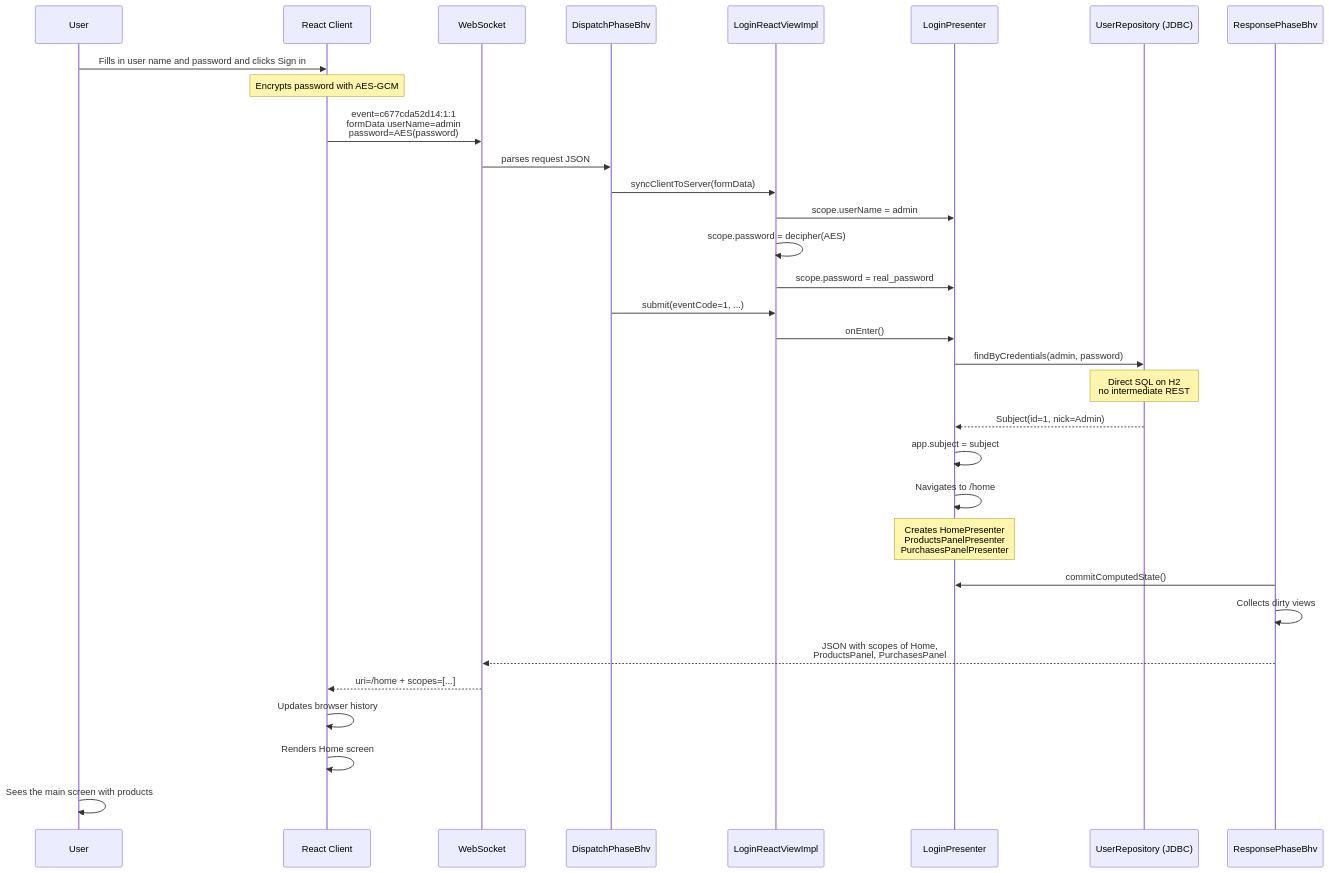
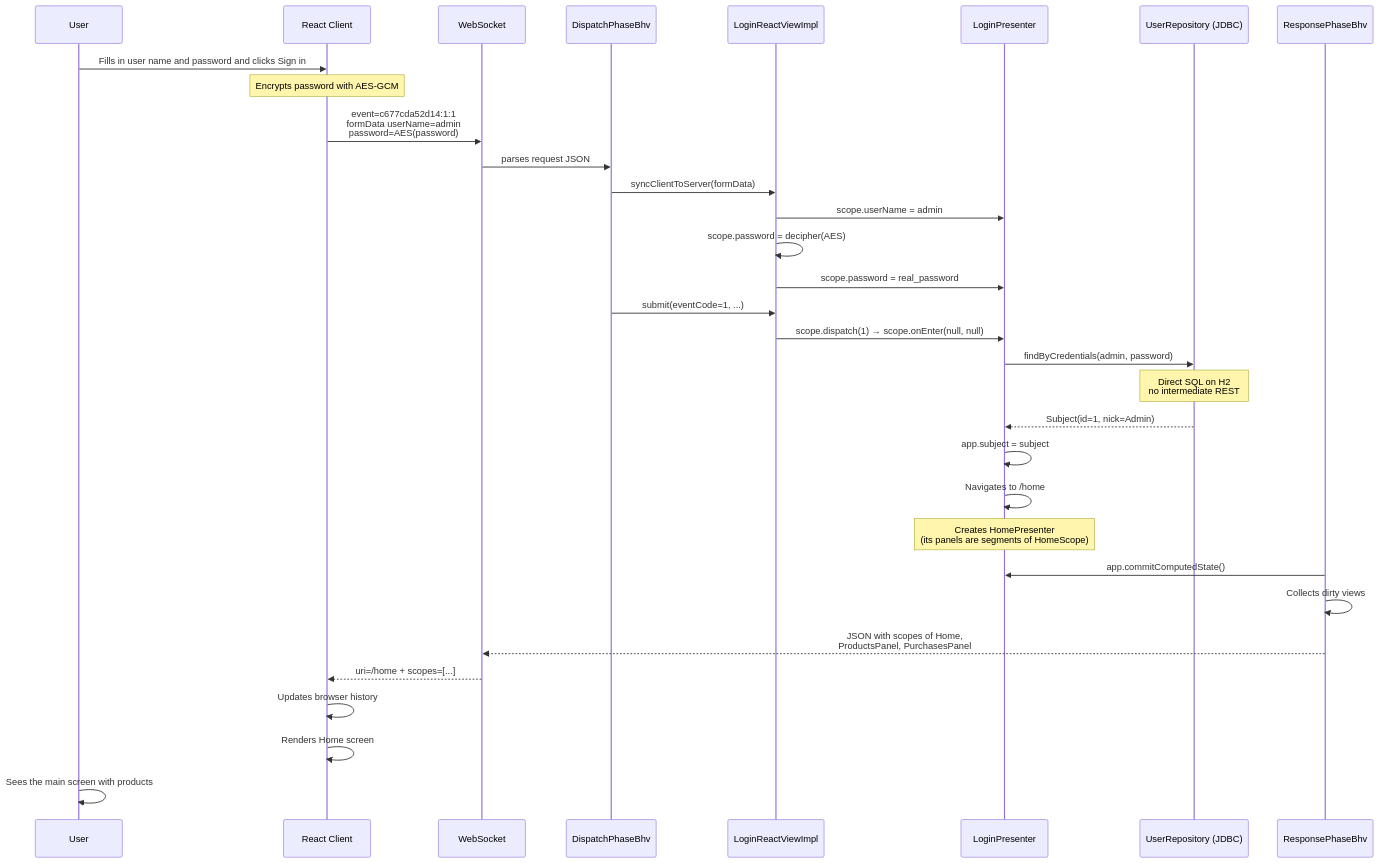
One commit to mrcdom/wdc-cube-kotlin changed the ninth of 9 diagrams in docs/architecture-react.md. Above: the diagram before and after it, drawn with Mermaid. The commit also changed other lines of this file and 14 other files, not shown here.

````diff
--- a/docs/architecture-react.md
+++ b/docs/architecture-react.md
@@ -455,47 +468,47 @@
 ```mermaid
 sequenceDiagram
     participant User as User
     participant React as React Client
     participant WS as WebSocket
     participant Disp as DispatchPhaseBhv
     participant LView as LoginReactViewImpl
     participant LPres as LoginPresenter
     participant URepo as UserRepository (JDBC)
     participant Resp as ResponsePhaseBhv
 
     User->>React: Fills in user name and password and clicks Sign in
 
     Note over React: Encrypts password with AES-GCM
 
     React->>WS: event=c677cda52d14:1:1<br/>formData userName=admin<br/>password=AES(password)
 
     WS->>Disp: parses request JSON
 
     Disp->>LView: syncClientToServer(formData)
     LView->>LPres: scope.userName = admin
     LView->>LView: scope.password = decipher(AES)
     LView->>LPres: scope.password = real_password
 
     Disp->>LView: submit(eventCode=1, ...)
-    LView->>LPres: onEnter()
+    LView->>LPres: scope.dispatch(1) → scope.onEnter(null, null)
 
     LPres->>URepo: findByCredentials(admin, password)
     Note over URepo: Direct SQL on H2<br/>no intermediate REST
     URepo-->>LPres: Subject(id=1, nick=Admin)
 
     LPres->>LPres: app.subject = subject
     LPres->>LPres: Navigates to /home
 
-    Note over LPres: Creates HomePresenter<br/>ProductsPanelPresenter<br/>PurchasesPanelPresenter
+    Note over LPres: Creates HomePresenter<br/>(its panels are segments of HomeScope)
 
-    Resp->>LPres: commitComputedState()
+    Resp->>LPres: app.commitComputedState()
     Resp->>Resp: Collects dirty views
 
     Resp-->>WS: JSON with scopes of Home,<br/>ProductsPanel, PurchasesPanel
 
     WS-->>React: uri=/home + scopes=[...]
     React->>React: Updates browser history
     React->>React: Renders Home screen
 
     User->>User: Sees the main screen with products
 ```
````
